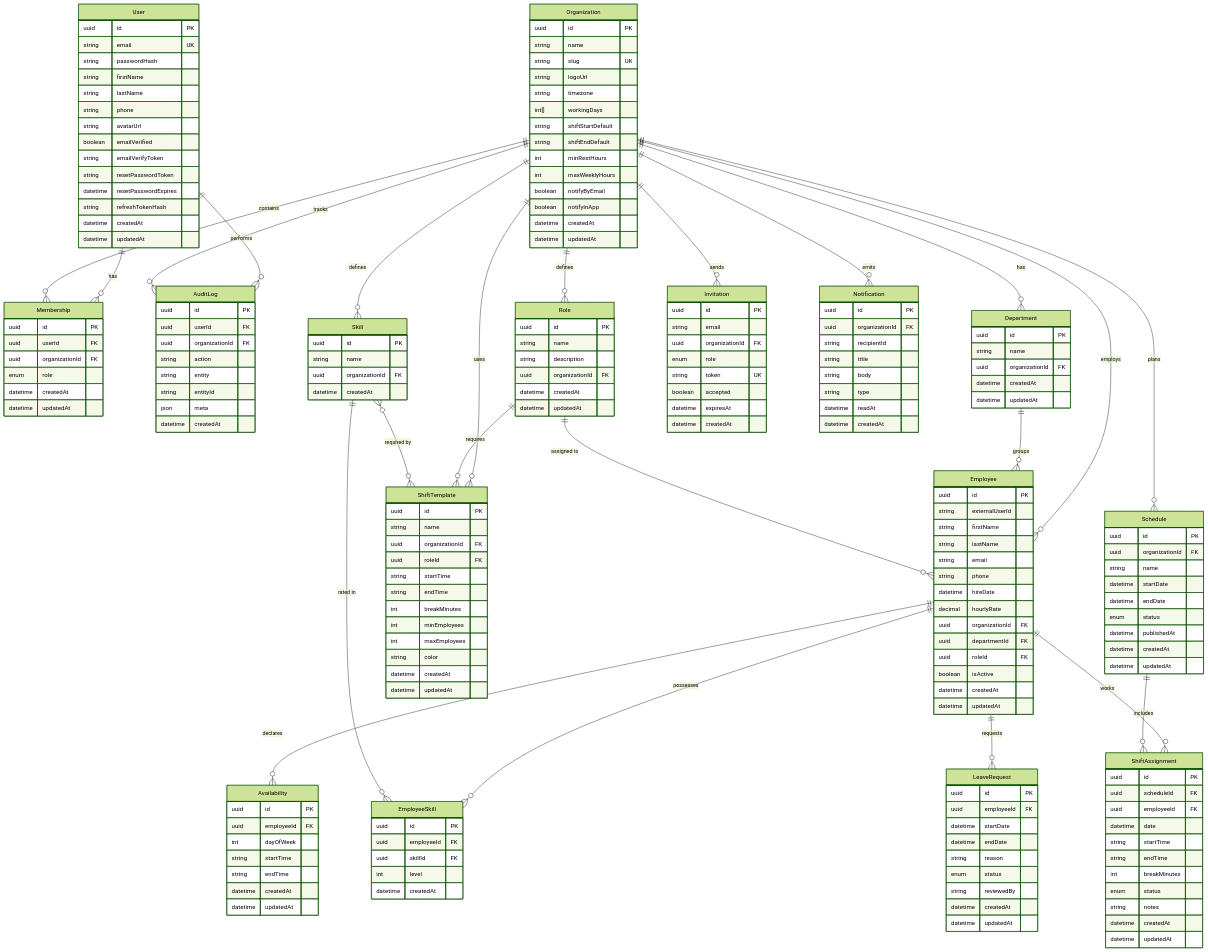
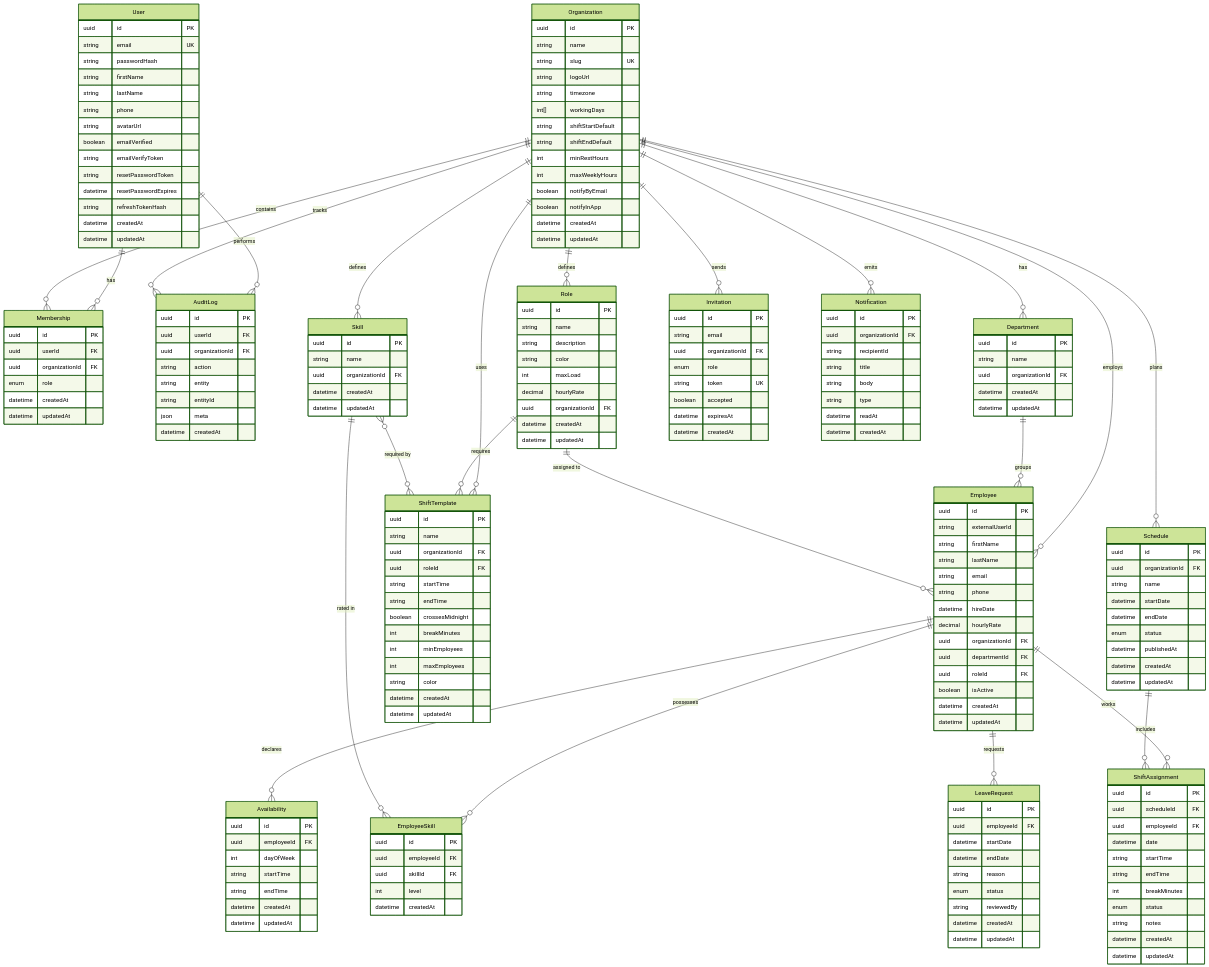
One commit to paytronix/service_alex_test changed the diagram in docs/DATA_MODEL.md. Above: the diagram before and after it, drawn with Mermaid (forest theme). The commit also changed other lines of this file and 32 other files, not shown here.

```diff
--- a/docs/DATA_MODEL.md
+++ b/docs/DATA_MODEL.md
@@ -93,6 +93,9 @@
         uuid id PK
         string name
         string description
+        string color
+        int maxLoad
+        decimal hourlyRate
         uuid organizationId FK
         datetime createdAt
         datetime updatedAt
@@ -103,6 +106,7 @@
         string name
         uuid organizationId FK
         datetime createdAt
+        datetime updatedAt
     }
 
     Employee {
@@ -147,6 +151,7 @@
         uuid roleId FK
         string startTime
         string endTime
+        boolean crossesMidnight
         int breakMinutes
         int minEmployees
         int maxEmployees
```
